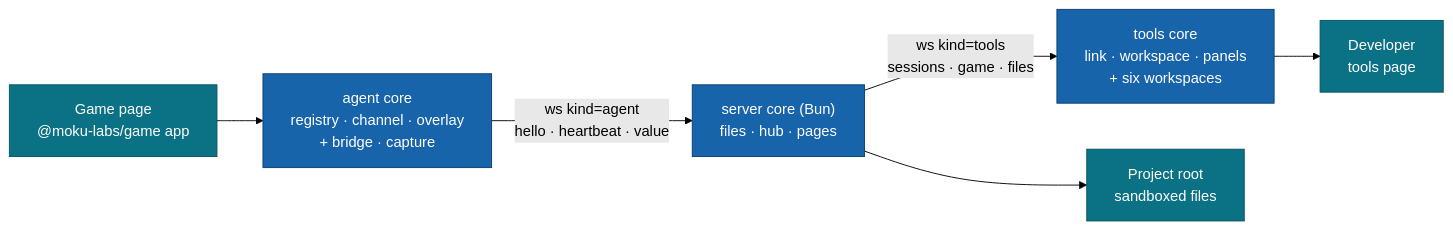
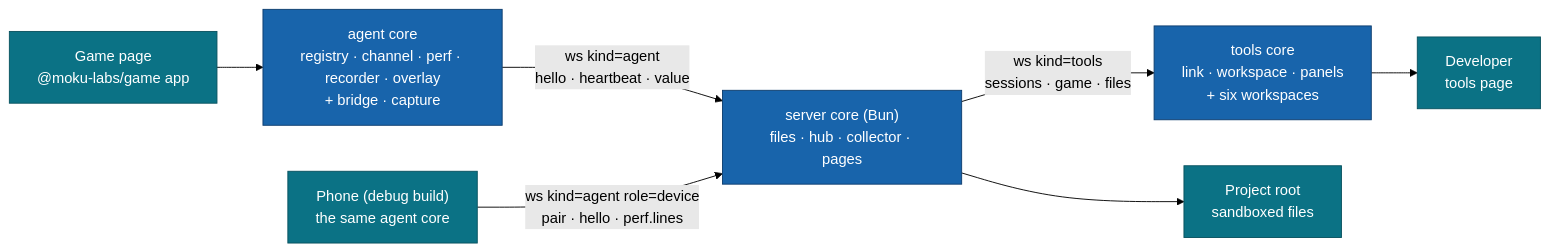
The second of 5 diagrams in README.md (moku-labs/editor), drawn with Mermaid (forest theme) before and after one commit. The commit also changed other lines of this file and 65 other files, not shown here.

Commit message:
feat(entries,docs): perf/recorder/collector exports, agent page guard, On a phone docs (wave 8); spec 21 on engine preview 85fba19; wave 7 review fixes; load-safe integration waits

````diff
--- a/README.md
+++ b/README.md
@@ -646,12 +810,13 @@
 ```mermaid
 flowchart LR
-  G["Game page<br/>@moku-labs/game app"] --> A["agent core<br/>registry · channel · overlay<br/>+ bridge · capture"]
-  A -- "ws kind=agent<br/>hello · heartbeat · value" --> H["server core (Bun)<br/>files · hub · pages"]
+  G["Game page<br/>@moku-labs/game app"] --> A["agent core<br/>registry · channel · perf · recorder · overlay<br/>+ bridge · capture"]
+  A -- "ws kind=agent<br/>hello · heartbeat · value" --> H["server core (Bun)<br/>files · hub · collector · pages"]
+  P["Phone (debug build)<br/>the same agent core"] -- "ws kind=agent role=device<br/>pair · hello · perf.lines" --> H
   H -- "ws kind=tools<br/>sessions · game · files" --> T["tools core<br/>link · workspace · panels<br/>+ six workspaces"]
   T --> D["Developer<br/>tools page"]
   H --> F["Project root<br/>sandboxed files"]
   classDef u fill:#0b7285,stroke:#08525f,color:#fff;
   classDef m fill:#1864ab,stroke:#0d3d6e,color:#fff;
-  class G,D,F u
+  class G,P,D,F u
   class A,H,T m
 ```
````
